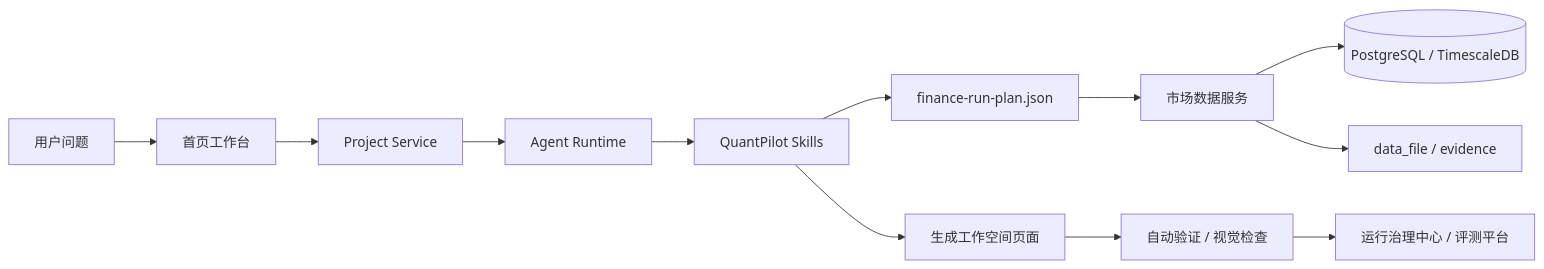
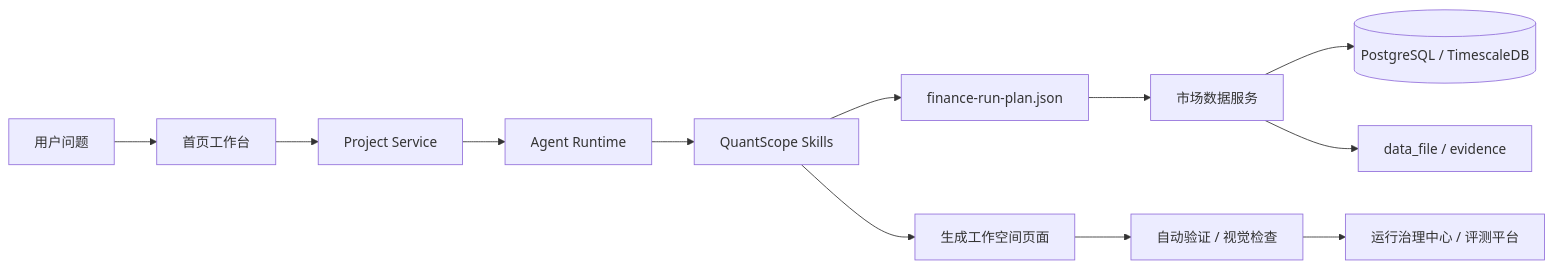
Before and after one commit to PeaceMaker-best/QuantPilot: the diagram in docs/internal-components.md, drawn with Mermaid. The commit also changed other lines of this file and 205 other files, not shown here.

Commit message:
Rename project to QuantScope and remove legacy owner links

````diff
--- a/docs/internal-components.md
+++ b/docs/internal-components.md
@@ -26,14 +26,14 @@
 ```mermaid
 flowchart LR
   U[用户问题] --> H[首页工作台]
   H --> P[Project Service]
   P --> A[Agent Runtime]
-  A --> S[QuantPilot Skills]
+  A --> S[QuantScope Skills]
   S --> RP[finance-run-plan.json]
   RP --> MD[市场数据服务]
   MD --> DB[(PostgreSQL / TimescaleDB)]
   MD --> DF[data_file / evidence]
   S --> WS[生成工作空间页面]
   WS --> V[自动验证 / 视觉检查]
   V --> OP[运行治理中心 / 评测平台]
 ```
````
